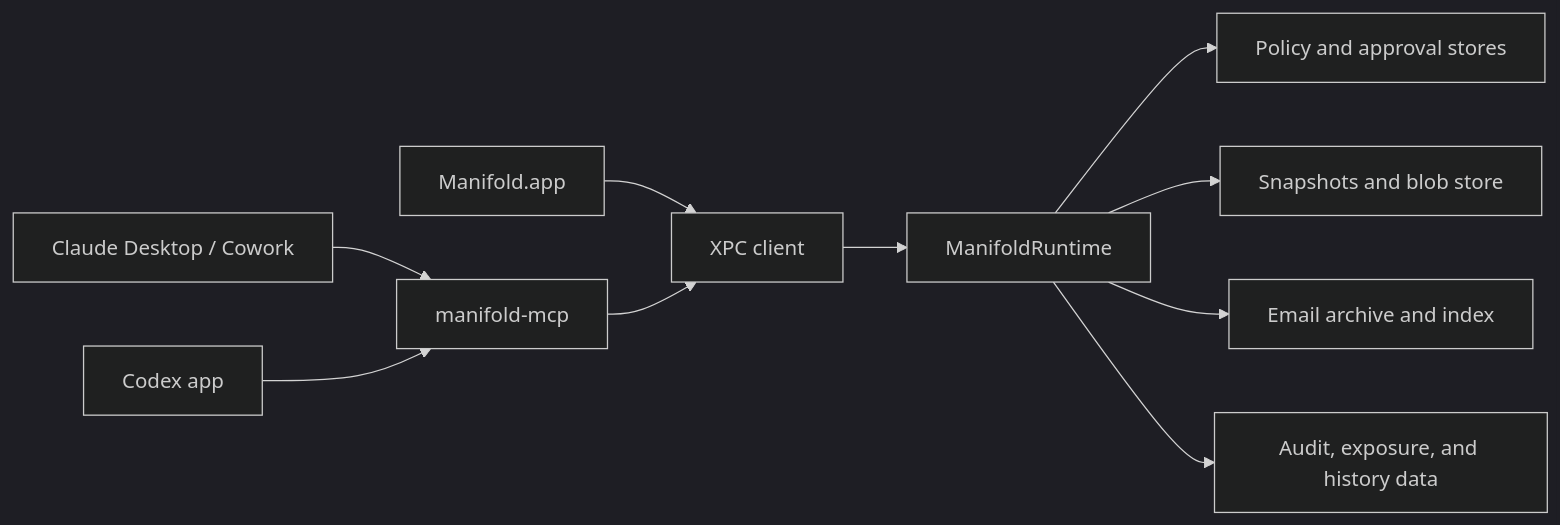
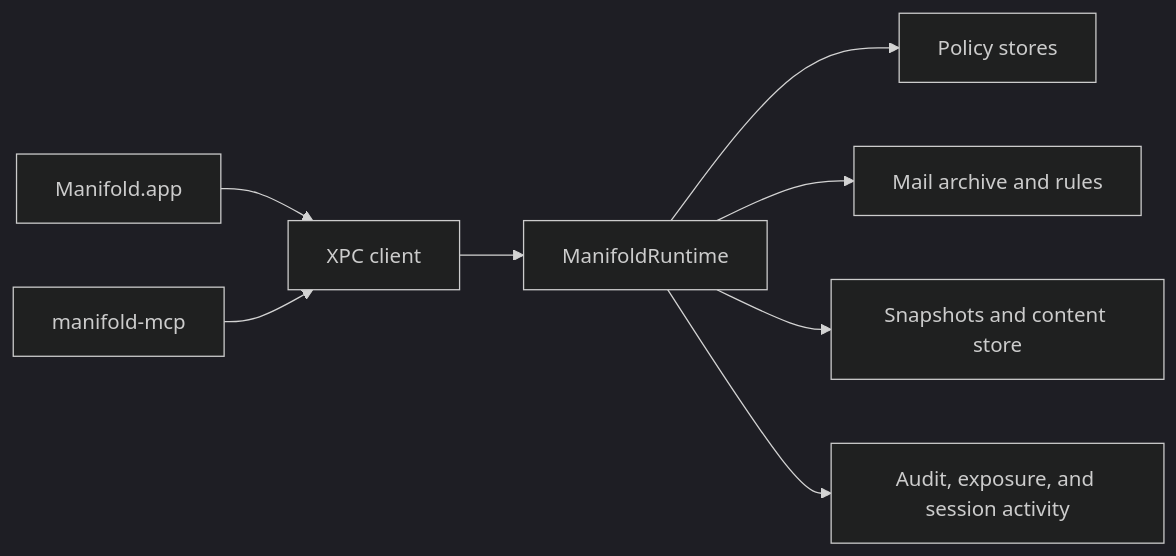
One commit to Spatial-Duality/Manifold changed the sixth of 7 diagrams in docs/architecture.md. Above: the diagram before and after it, drawn with Mermaid (dark theme). The commit also changed other lines of this file and 134 other files, not shown here.

````diff
--- a/docs/architecture.md
+++ b/docs/architecture.md
@@ -7,12 +158,10 @@
 ```mermaid
 flowchart LR
-    A["Claude Desktop / Cowork"] --> M["manifold-mcp"]
-    B["Codex app"] --> M
-    U["Manifold.app"] --> X["XPC client"]
-    M --> X
+    A["Manifold.app"] --> X["XPC client"]
+    C["manifold-mcp"] --> X
     X --> R["ManifoldRuntime"]
-    R --> P["Policy and approval stores"]
-    R --> S["Snapshots and blob store"]
-    R --> E["Email archive and index"]
-    R --> H["Audit, exposure, and history data"]
+    R --> P["Policy stores"]
+    R --> E["Mail archive and rules"]
+    R --> S["Snapshots and content store"]
+    R --> H["Audit, exposure, and session activity"]
 ```
````
